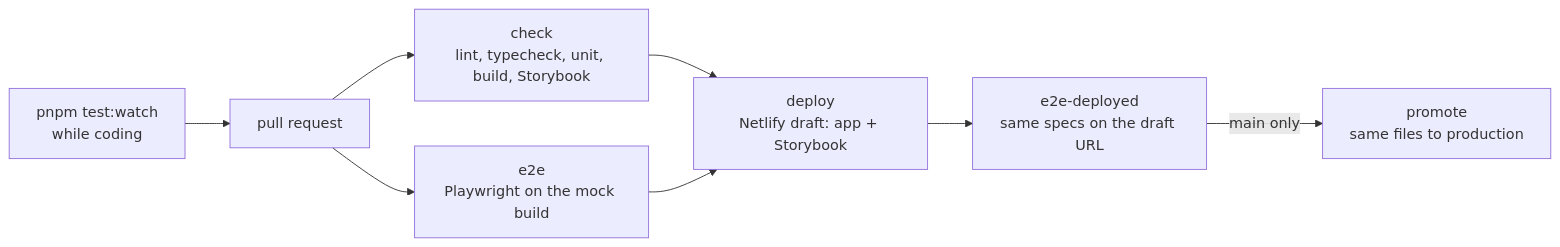
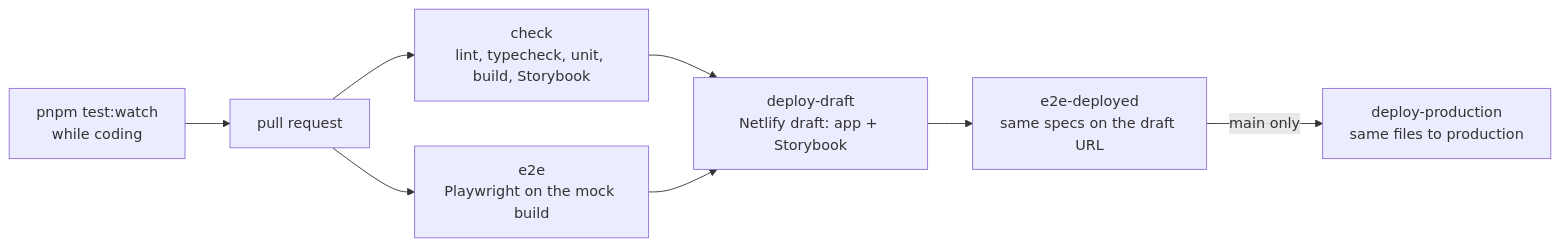
The fourth of 4 diagrams in DESIGN.md (loiphan-agilityio/web-dev-plugin), drawn with Mermaid before and after one commit. The commit also changed 2 other files, not shown here.

Commit message:
feat(template): name the CI jobs and link the Netlify draft and production deploys
Rename the deploy and promote jobs to deploy-draft and deploy-production, give every job
a display name, and set preview and production environments with the deploy URL, so GitHub
links each deploy from the run graph and the pull request.

````diff
--- a/DESIGN.md
+++ b/DESIGN.md
@@ -127,10 +127,10 @@
 ```mermaid
 flowchart LR
   W["pnpm test:watch<br/>while coding"] --> PR["pull request"]
   PR --> CK["check<br/>lint, typecheck, unit, build, Storybook"]
   PR --> E2["e2e<br/>Playwright on the mock build"]
-  CK --> DP["deploy<br/>Netlify draft: app + Storybook"]
+  CK --> DP["deploy-draft<br/>Netlify draft: app + Storybook"]
   E2 --> DP
   DP --> ED["e2e-deployed<br/>same specs on the draft URL"]
-  ED -->|"main only"| PM["promote<br/>same files to production"]
+  ED -->|"main only"| PM["deploy-production<br/>same files to production"]
 ```
````
